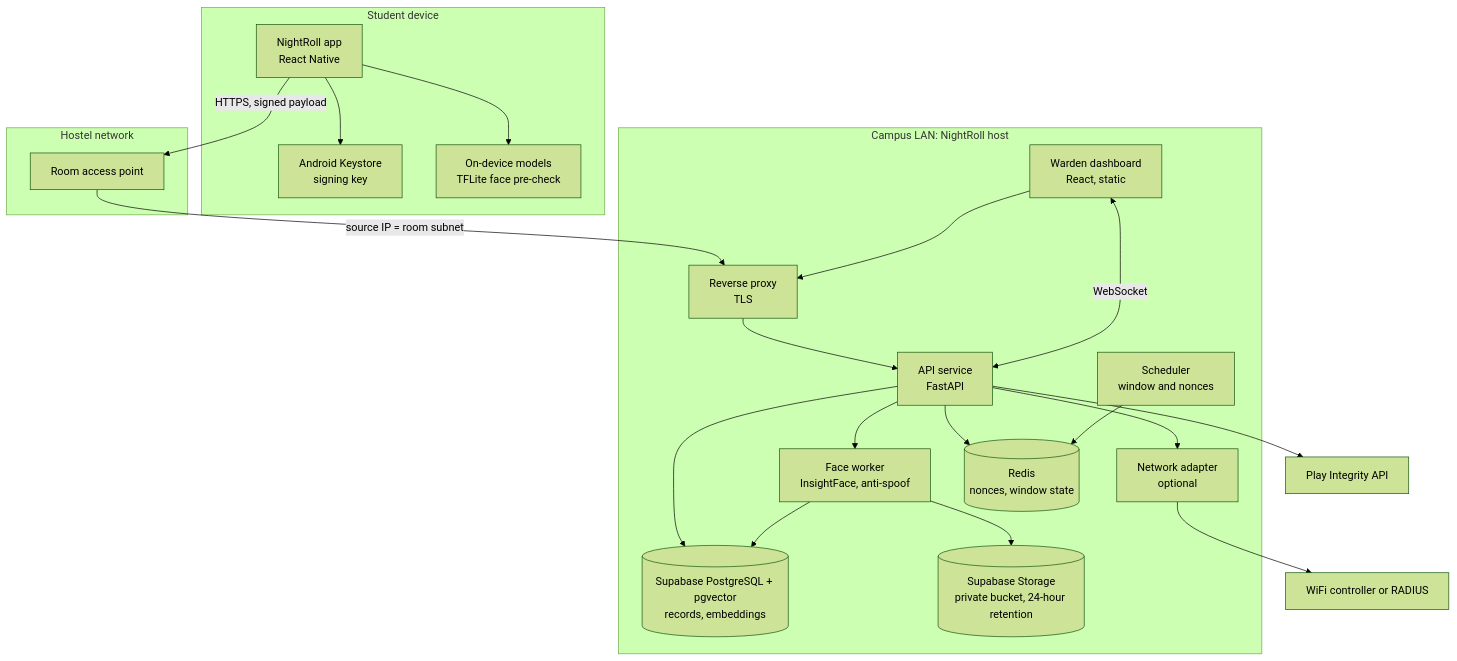
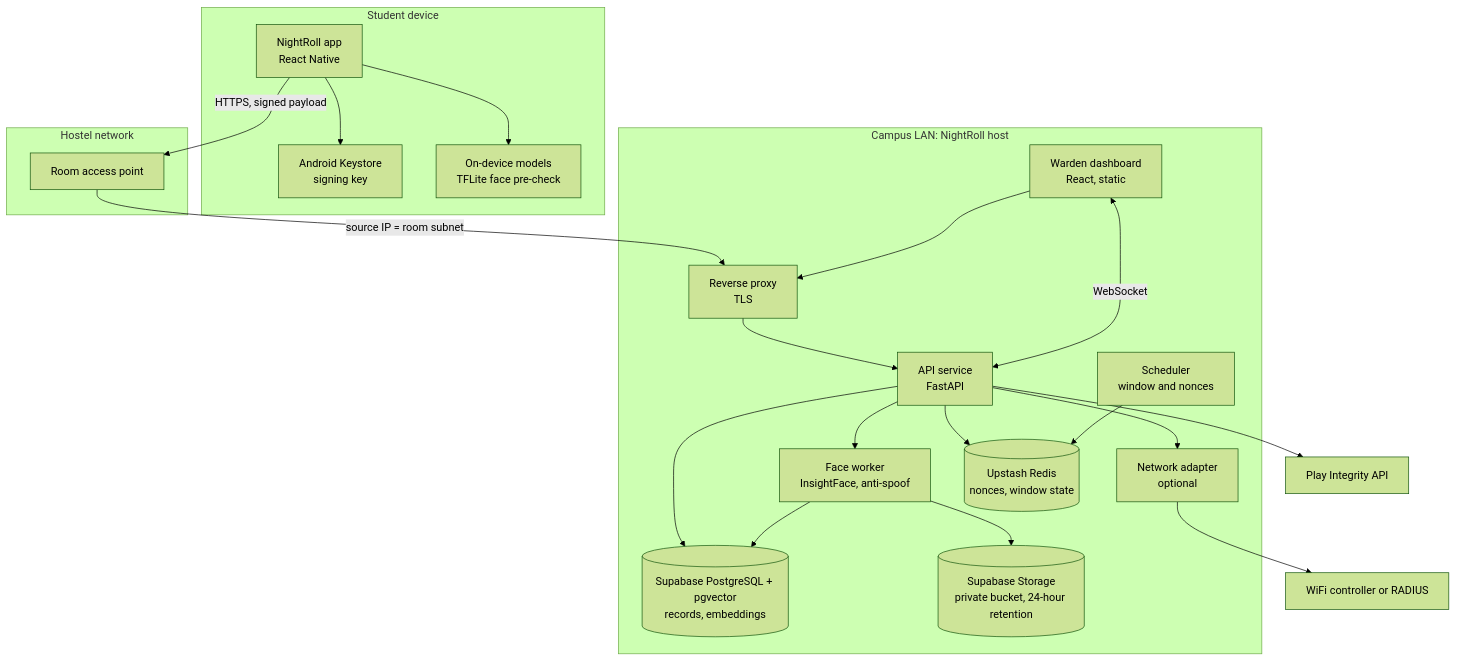
One commit to Rahul-8283/NightRoll changed the second of 10 diagrams in docs/architecture.md. Above: the diagram before and after it, drawn with Mermaid (forest theme). The commit also changed other lines of this file and 11 other files, not shown here.

Commit message:
chore: switch Redis to hosted Upstash across env, docs and phases

````diff
--- a/docs/architecture.md
+++ b/docs/architecture.md
@@ -74,44 +74,44 @@
 ```mermaid
 flowchart TB
     subgraph Device["Student device"]
         App["NightRoll app<br/>React Native"]
         Keystore["Android Keystore<br/>signing key"]
         Models["On-device models<br/>TFLite face pre-check"]
         App --> Keystore
         App --> Models
     end
 
     subgraph Network["Hostel network"]
         AP["Room access point"]
     end
 
     subgraph Campus["Campus LAN: NightRoll host"]
         Proxy["Reverse proxy<br/>TLS"]
         API["API service<br/>FastAPI"]
         Sched["Scheduler<br/>window and nonces"]
         Face["Face worker<br/>InsightFace, anti-spoof"]
         Adapter["Network adapter<br/>optional"]
-        Redis[("Redis<br/>nonces, window state")]
+        Redis[("Upstash Redis<br/>nonces, window state")]
         PG[("Supabase PostgreSQL + pgvector<br/>records, embeddings")]
         Frames[("Supabase Storage<br/>private bucket, 24-hour retention")]
         Dash["Warden dashboard<br/>React, static"]
     end
 
     Ext2["Play Integrity API"]
     Ext3["WiFi controller or RADIUS"]
 
     App -- "HTTPS, signed payload" --> AP
     AP -- "source IP = room subnet" --> Proxy
     Proxy --> API
     API --> Redis
     API --> PG
     API --> Face
     Face --> PG
     Face --> Frames
     Sched --> Redis
     API --> Ext2
     Adapter --> Ext3
     API --> Adapter
     Dash <-- "WebSocket" --> API
     Dash --> Proxy
 ```
````
